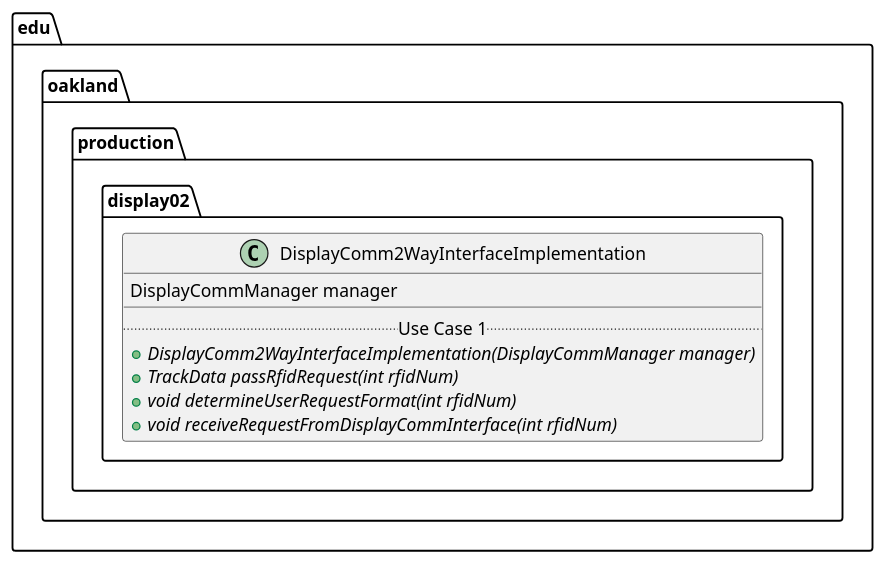
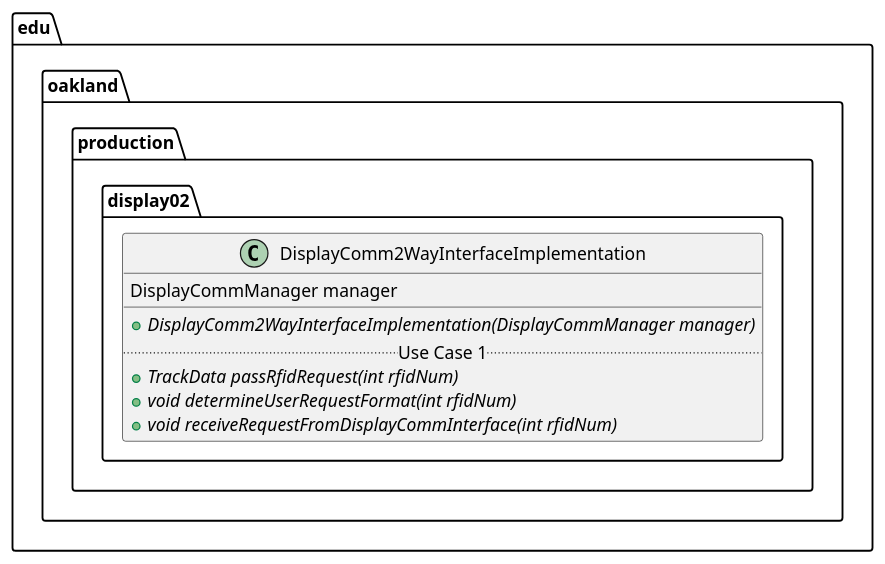
The diagram in docs/uml-class-diagrams/display02/production/DisplayComm2WayInterfaceImplementation/DisplayComm2WayInterfaceImplementation.puml (andrewdimmer/csi-3370-software-project), drawn with PlantUML before and after one commit. The commit also changed other lines of this file, not shown here.

```diff
--- a/docs/uml-class-diagrams/display02/production/DisplayComm2WayInterfaceImplementation/DisplayComm2WayInterfaceImplementation.puml
+++ b/docs/uml-class-diagrams/display02/production/DisplayComm2WayInterfaceImplementation/DisplayComm2WayInterfaceImplementation.puml
@@ -1,15 +1,15 @@
 @startuml DisplayComm2WayInterfaceImplementation
 
 package edu.oakland.production.display02 {
     class DisplayComm2WayInterfaceImplementation {
         DisplayCommManager manager
         __
+        {abstract} + DisplayComm2WayInterfaceImplementation(DisplayCommManager manager)
         .. Use Case 1 ..
-        {abstract} + DisplayComm2WayInterfaceImplementation(DisplayCommManager manager)
         {abstract} + TrackData passRfidRequest(int rfidNum)
         {abstract} + void determineUserRequestFormat(int rfidNum)
         {abstract} + void receiveRequestFromDisplayCommInterface(int rfidNum)
     }
 }
 
 @enduml
```
